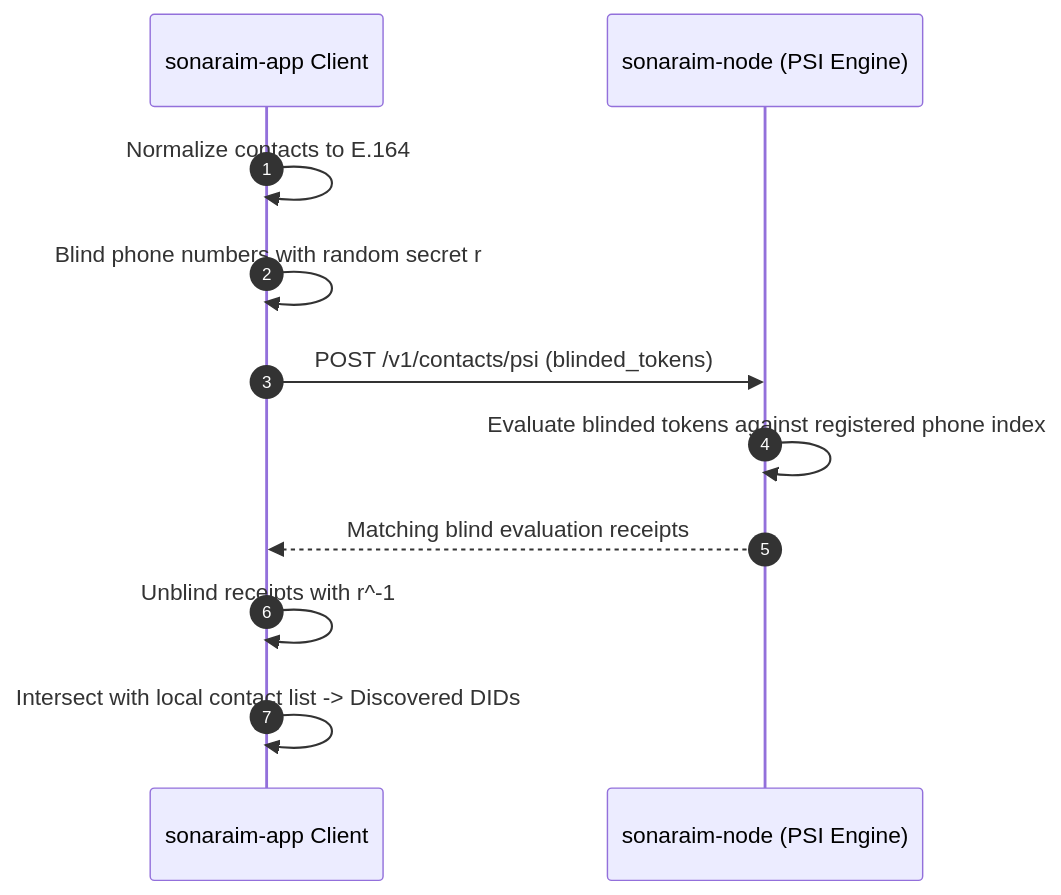
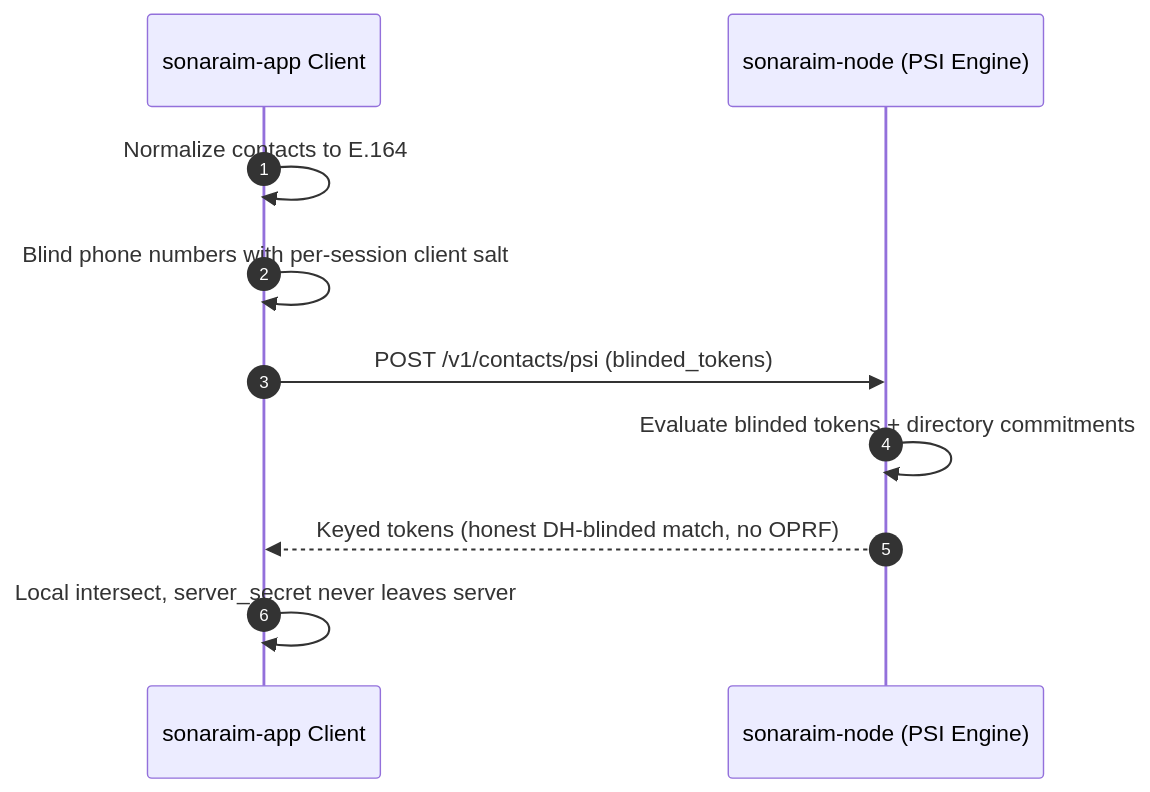
The fifth of 5 diagrams in docs/DIAGRAMS.md (alfonsodg/sonaraim-protocol), drawn with Mermaid before and after one commit. The commit also changed other lines of this file and 3 other files, not shown here.

````diff
--- a/docs/DIAGRAMS.md
+++ b/docs/DIAGRAMS.md
@@ -92,14 +92,13 @@
 ```mermaid
 sequenceDiagram
     autonumber
     participant App as sonaraim-app Client
     participant Node as sonaraim-node (PSI Engine)
 
     App->>App: Normalize contacts to E.164
-    App->>App: Blind phone numbers with random secret r
+    App->>App: Blind phone numbers with per-session client salt
     App->>Node: POST /v1/contacts/psi (blinded_tokens)
-    Node->>Node: Evaluate blinded tokens against registered phone index
-    Node-->>App: Matching blind evaluation receipts
-    App->>App: Unblind receipts with r^-1
-    App->>App: Intersect with local contact list -> Discovered DIDs
+    Node->>Node: Evaluate blinded tokens + directory commitments
+    Node-->>App: Keyed tokens (honest DH-blinded match, no OPRF)
+    App->>App: Local intersect, server_secret never leaves server
 ```
````
